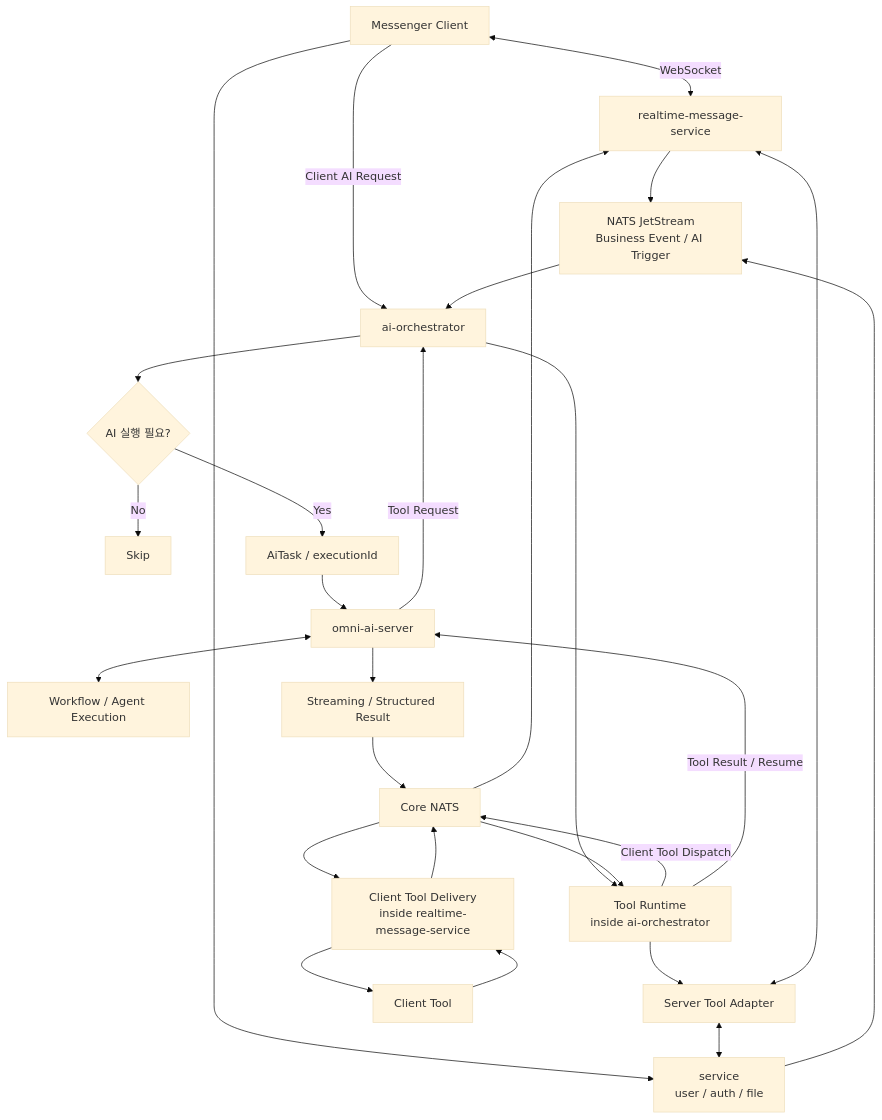
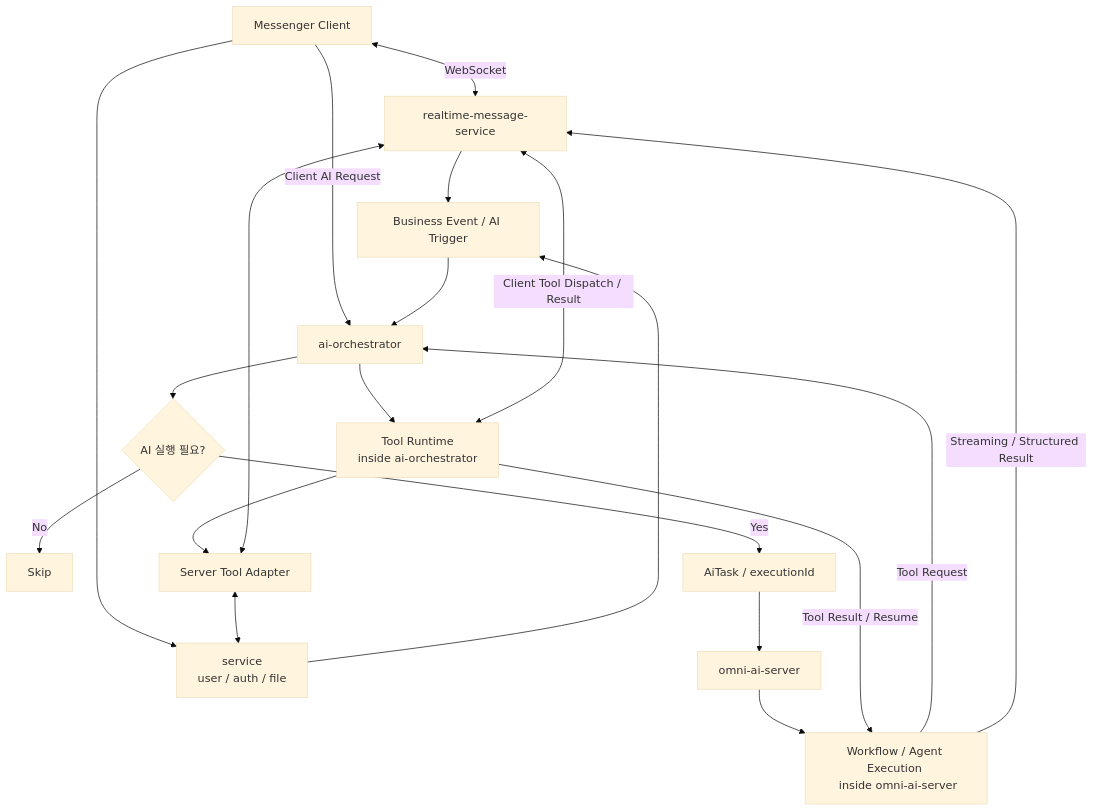
One commit to kipo3195/omni-ai-architecture changed the diagram in README.md. Above: the diagram before and after it, drawn with Mermaid (base theme). The commit also changed 1 other file, not shown here.

Commit message:
docs: architecture 다이어그램 수정

````diff
--- a/README.md
+++ b/README.md
@@ -92,34 +92,27 @@
 ```mermaid
 flowchart TD
     A[Messenger Client] <-->|WebSocket| B[realtime-message-service]
     A -->|Client AI Request| G[ai-orchestrator]
     A --> C[service<br/> user / auth / file]
 
-    C --> F[NATS JetStream<br/>Business Event / AI Trigger]
+    C --> F[Business Event / AI Trigger]
     B --> F
     F --> G
 
     G --> H{AI 실행 필요?}
     H -- No --> I[Skip]
     H -- Yes --> J[AiTask / executionId]
     J --> K[omni-ai-server]
 
-    K <--> M[Workflow / Agent Execution]
-    K -->|Tool Request| G
+    K --> M[Workflow / Agent Execution <br/> inside omni-ai-server]
+    M -->|Tool Request| G
     G --> L[Tool Runtime<br/>inside ai-orchestrator]
     L --> N[Server Tool Adapter]
     N <--> B
     N <--> C
 
-    L -->|Client Tool Dispatch| R[Core NATS]
-    R --> O[Client Tool Delivery<br/>inside realtime-message-service]
-    O --> P[Client Tool]
-    P --> O
-    O --> R
-    R --> L
-    L -->|Tool Result / Resume| K
+    L <-->|Client Tool Dispatch / Result| B
+    L -->|Tool Result / Resume| M
 
-    K --> Q[Streaming / Structured Result]
-    Q --> R
-    R --> B
+    M -->|Streaming / Structured Result| B
 ```
````
